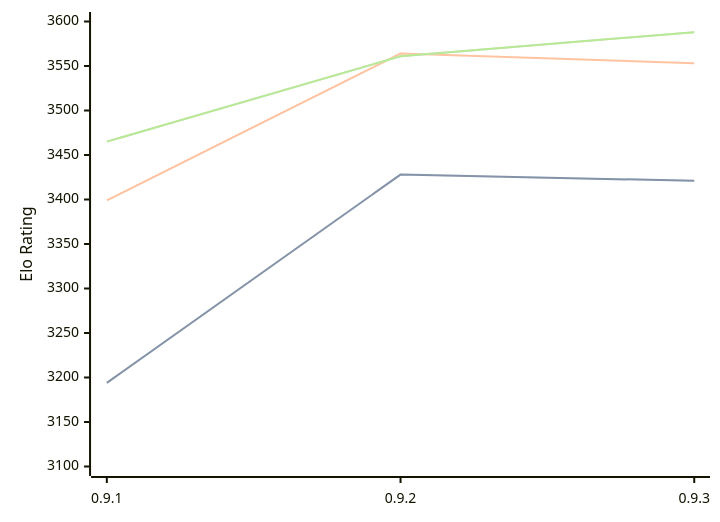
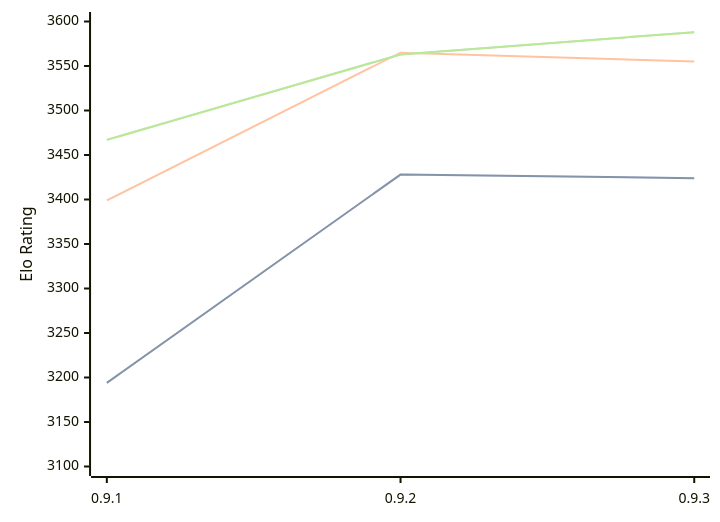
The diagram in engines/Coda.md (computer-chess-index/cci), drawn with Mermaid before and after one commit. The commit also changed other lines of this file, not shown here.

Commit message:
Update CCI Ratings (ELO VLTC) - 2026-08-20

````diff
--- a/engines/Coda.md
+++ b/engines/Coda.md
@@ -33,11 +33,11 @@
 ```mermaid
 %%{init: {"theme":"base","themeVariables":{"seriesColors:['#a3a3a3','#222221','#faa371']}}}%%
 xychart-beta
   x-axis ["0.9.1", "0.9.2", "0.9.3"]
   y-axis "Elo Rating" 3100 --> 3600
-  line "STC (8.0+0.08s)" [3194, 3428, 3421]
-  line "STC (8.0+0.08s)" [3194, 3428, 3421]
-  line "LTC (60.0+0.60s)" [3399, 3564, 3553]
-  line "VLTC (2m24s+1.12s)" [3465, 3561, 3588]
-  line "VLTC (2m24s+1.12s)" [3465, 3561, 3588]
+  line "STC (8.0+0.08s)" [3194, 3428, 3424]
+  line "STC (8.0+0.08s)" [3194, 3428, 3424]
+  line "LTC (60.0+0.60s)" [3399, 3565, 3555]
+  line "VLTC (2m24s+1.12s)" [3467, 3563, 3588]
+  line "VLTC (2m24s+1.12s)" [3467, 3563, 3588]
 ```
````
